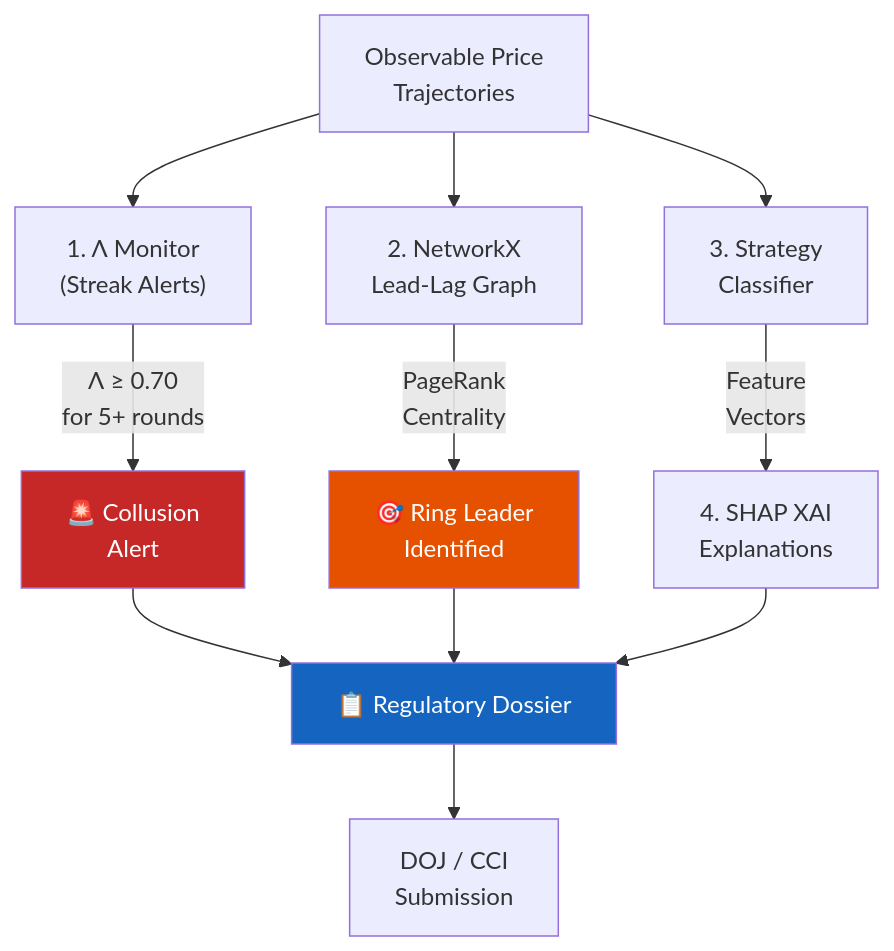
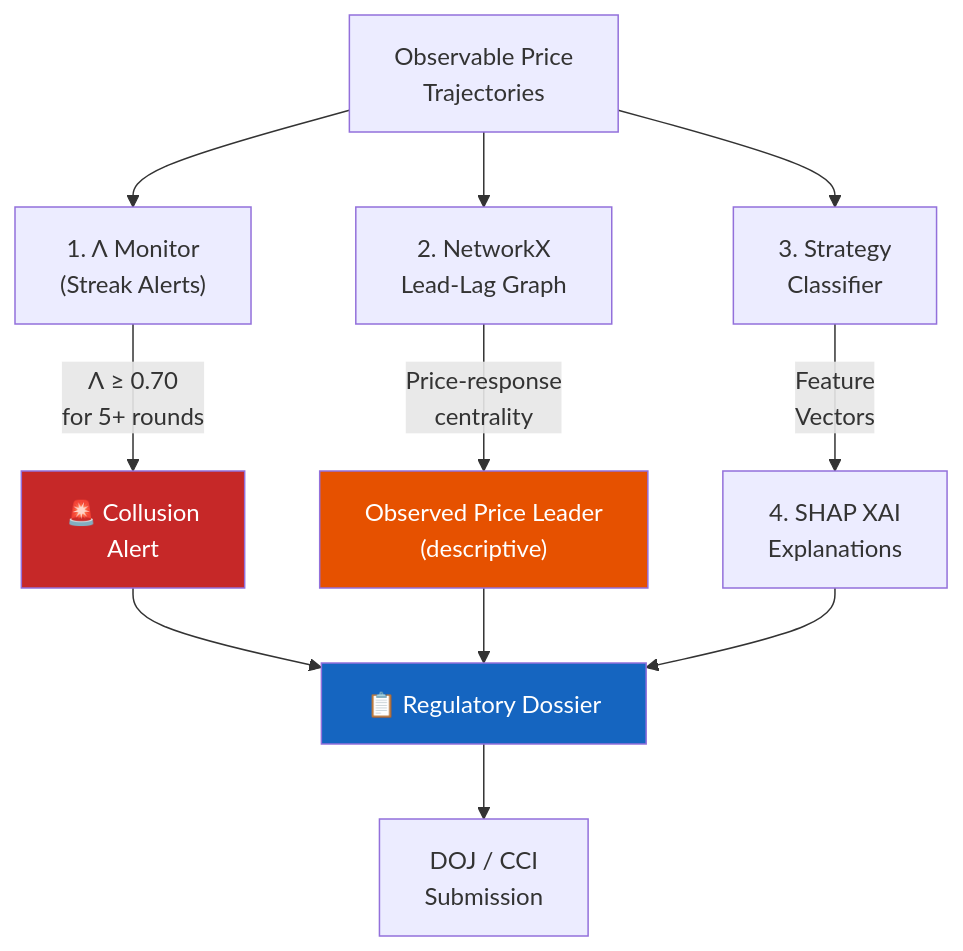
The sixth of 6 diagrams in README.md (ARYANRAJ1121/ECHO), drawn with Mermaid before and after one commit. The commit also changed other lines of this file and 5 other files, not shown here.

````diff
--- a/README.md
+++ b/README.md
@@ -687,20 +687,20 @@
 ```mermaid
 flowchart TB
     PRICES["Observable Price<br/>Trajectories"] --> LAMBDA["1. Λ Monitor<br/>(Streak Alerts)"]
     PRICES --> GRAPH["2. NetworkX<br/>Lead-Lag Graph"]
     PRICES --> CLASSIFY["3. Strategy<br/>Classifier"]
 
     LAMBDA --> |"Λ ≥ 0.70<br/>for 5+ rounds"| ALERT["🚨 Collusion<br/>Alert"]
-    GRAPH --> |"PageRank<br/>Centrality"| LEADER["🎯 Ring Leader<br/>Identified"]
+    GRAPH --> |"Price-response<br/>centrality"| LEADER["Observed Price Leader<br/>(descriptive)"]
     CLASSIFY --> |"Feature<br/>Vectors"| SHAP["4. SHAP XAI<br/>Explanations"]
 
     ALERT --> DOSSIER["📋 Regulatory Dossier"]
     LEADER --> DOSSIER
     SHAP --> DOSSIER
 
     DOSSIER --> DOJ["DOJ / CCI<br/>Submission"]
 
     style ALERT fill:#c62828,color:#fff
     style LEADER fill:#e65100,color:#fff
     style DOSSIER fill:#1565c0,color:#fff
 ```
````
